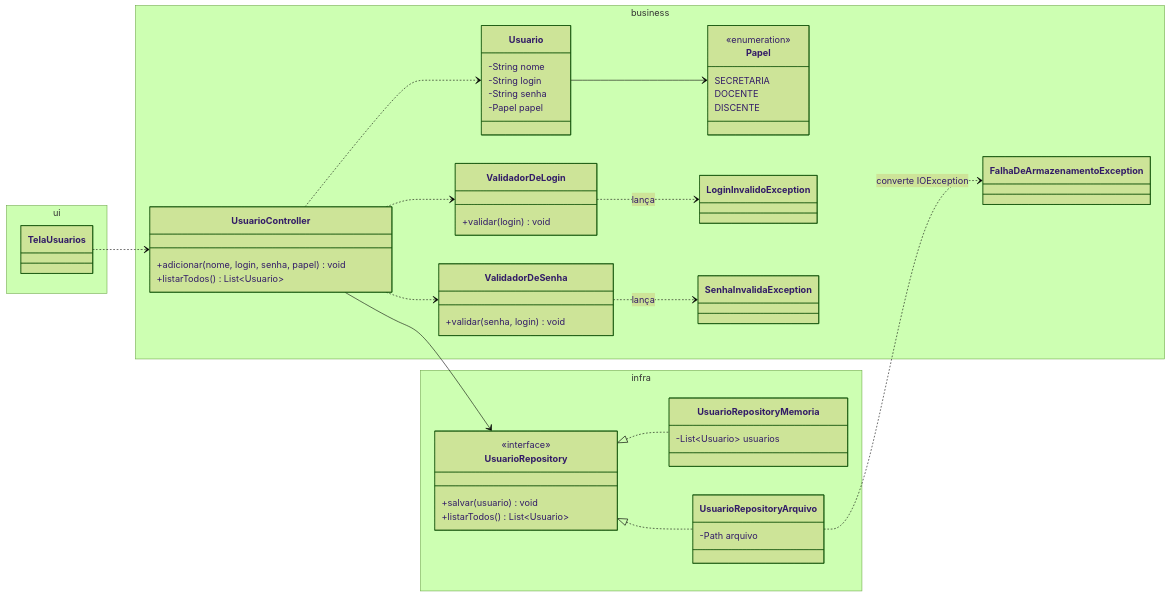
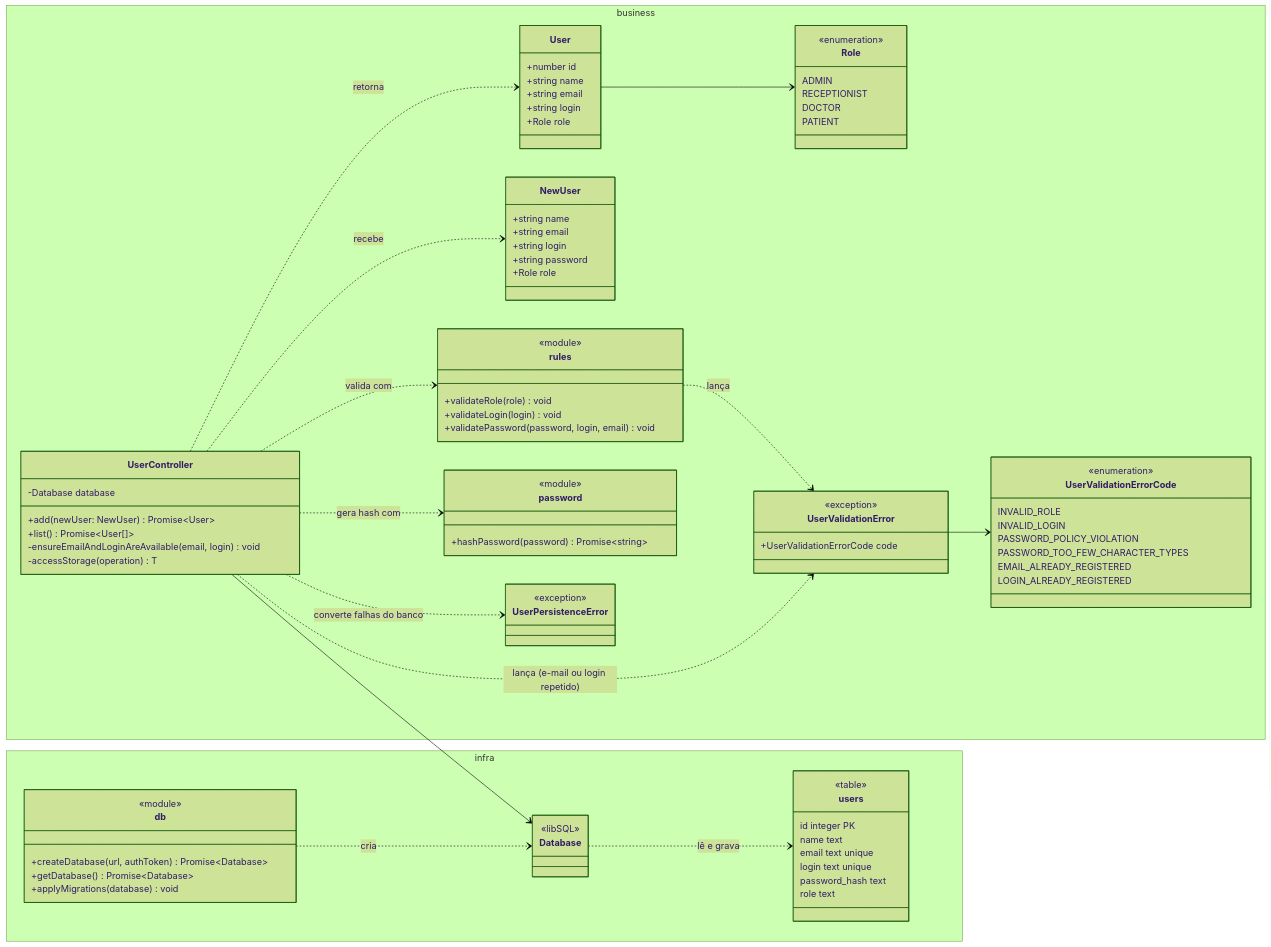
The diagram in docs/08-projeto.md (beatrizmontenegro07/projeto-metodos), drawn with Mermaid (forest theme) before and after one commit. The commit also changed other lines of this file and 9 other files, not shown here.

First line of the commit message:
docs: redraw user management diagrams for the new design

````diff
--- a/docs/08-projeto.md
+++ b/docs/08-projeto.md
@@ -28,59 +34,93 @@
 classDiagram
     direction LR
 
-    namespace ui {
-        class TelaUsuarios
-    }
     namespace business {
-        class Usuario {
-            -String nome
-            -String login
-            -String senha
-            -Papel papel
+        class User {
+            +number id
+            +string name
+            +string email
+            +string login
+            +Role role
         }
-        class Papel {
+        class NewUser {
+            +string name
+            +string email
+            +string login
+            +string password
+            +Role role
+        }
+        class Role {
             <<enumeration>>
-            SECRETARIA
-            DOCENTE
-            DISCENTE
+            ADMIN
+            RECEPTIONIST
+            DOCTOR
+            PATIENT
         }
-        class UsuarioController {
-            +adicionar(nome, login, senha, papel) void
-            +listarTodos() List~Usuario~
+        class UserController {
+            -Database database
+            +add(newUser: NewUser) Promise~User~
+            +list() Promise~User[]~
+            -ensureEmailAndLoginAreAvailable(email, login) void
+            -accessStorage(operation) T
         }
-        class ValidadorDeLogin {
-            +validar(login) void
+        class rules {
+            <<module>>
+            +validateRole(role) void
+            +validateLogin(login) void
+            +validatePassword(password, login, email) void
         }
-        class ValidadorDeSenha {
-            +validar(senha, login) void
+        class password {
+            <<module>>
+            +hashPassword(password) Promise~string~
         }
-        class LoginInvalidoException
-        class SenhaInvalidaException
-        class FalhaDeArmazenamentoException
+        class UserValidationError {
+            <<exception>>
+            +UserValidationErrorCode code
+        }
+        class UserValidationErrorCode {
+            <<enumeration>>
+            INVALID_ROLE
+            INVALID_LOGIN
+            PASSWORD_POLICY_VIOLATION
+            PASSWORD_TOO_FEW_CHARACTER_TYPES
+            EMAIL_ALREADY_REGISTERED
+            LOGIN_ALREADY_REGISTERED
+        }
+        class UserPersistenceError {
+            <<exception>>
+        }
     }
     namespace infra {
-        class UsuarioRepository {
-            <<interface>>
-            +salvar(usuario) void
-            +listarTodos() List~Usuario~
+        class db {
+            <<module>>
+            +createDatabase(url, authToken) Promise~Database~
+            +getDatabase() Promise~Database~
+            +applyMigrations(database) void
         }
-        class UsuarioRepositoryMemoria {
-            -List~Usuario~ usuarios
+        class Database {
+            <<libSQL>>
         }
-        class UsuarioRepositoryArquivo {
-            -Path arquivo
+        class users {
+            <<table>>
+            id integer PK
+            name text
+            email text unique
+            login text unique
+            password_hash text
+            role text
         }
     }
 
-    TelaUsuarios ..> UsuarioController
-    UsuarioController --> UsuarioRepository
-    UsuarioController ..> ValidadorDeLogin
-    UsuarioController ..> ValidadorDeSenha
-    UsuarioController ..> Usuario
-    Usuario --> Papel
-    ValidadorDeLogin ..> LoginInvalidoException : lança
-    ValidadorDeSenha ..> SenhaInvalidaException : lança
-    UsuarioRepository <|.. UsuarioRepositoryMemoria
-    UsuarioRepository <|.. UsuarioRepositoryArquivo
-    UsuarioRepositoryArquivo ..> FalhaDeArmazenamentoException : converte IOException
+    UserController --> Database
+    UserController ..> User : retorna
+    UserController ..> NewUser : recebe
+    UserController ..> rules : valida com
+    UserController ..> password : gera hash com
+    UserController ..> UserPersistenceError : converte falhas do banco
+    User --> Role
+    rules ..> UserValidationError : lança
+    UserController ..> UserValidationError : lança (e-mail ou login repetido)
+    UserValidationError --> UserValidationErrorCode
+    db ..> Database : cria
+    Database ..> users : lê e grava
 ```
````
